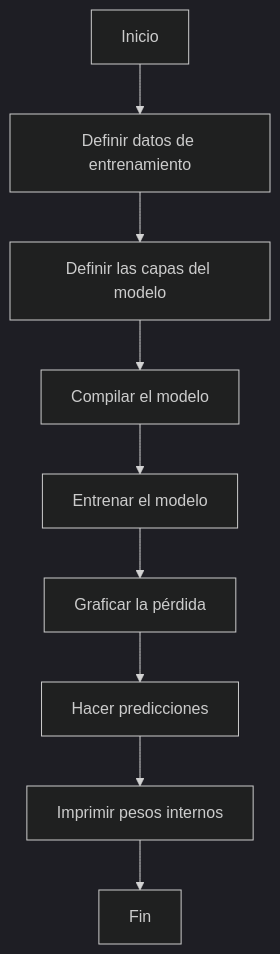
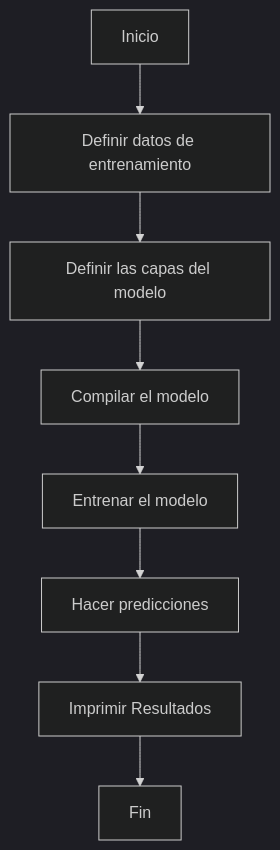
Before and after one commit to noneda/RedNeuronalBasica: the second of 2 diagrams in README.md, drawn with Mermaid (dark theme). The commit also changed other lines of this file and 1 other file, not shown here.

Commit message:
1.0.0 -> Markdown Mermaid b

````diff
--- a/README.md
+++ b/README.md
@@ -109,11 +97,10 @@
 ```mermaid
 flowchart TD
     A[Inicio] --> B[Definir datos de entrenamiento]
     B --> C[Definir las capas del modelo]
     C --> D[Compilar el modelo]
     D --> E[Entrenar el modelo]
-    E --> F[Graficar la pérdida]
-    F --> G[Hacer predicciones]
-    G --> H[Imprimir pesos internos]
-    H --> I[Fin]
+    E --> F[Hacer predicciones]
+    F --> G[Imprimir Resultados]
+    G --> H[Fin]
 ```
````
